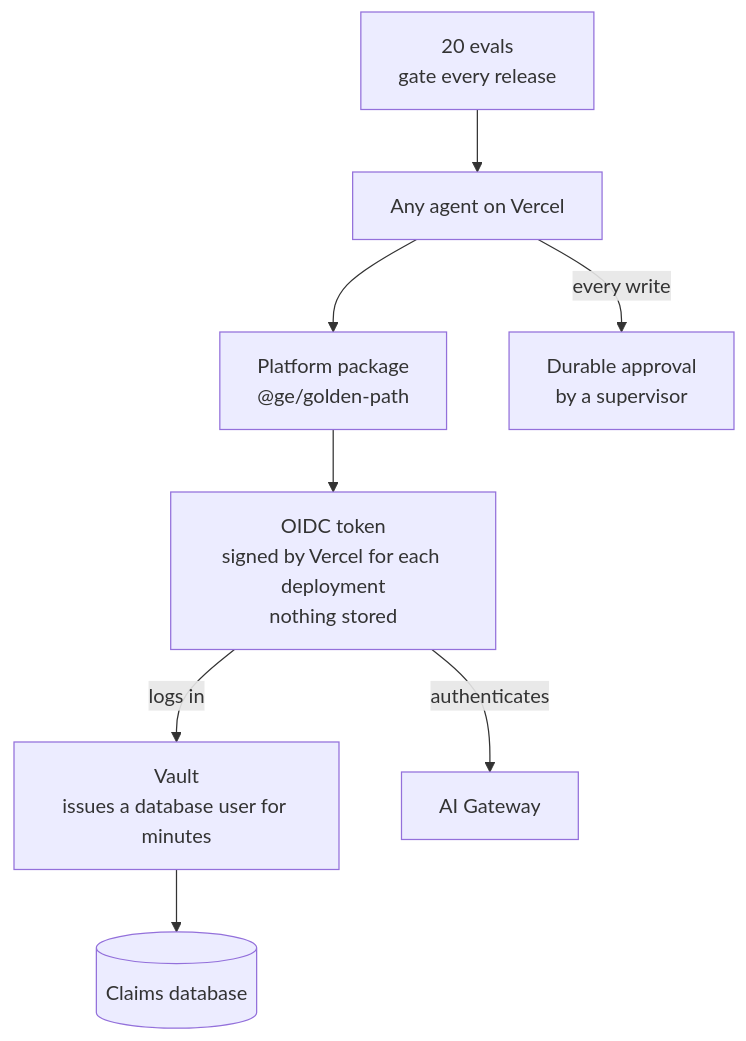
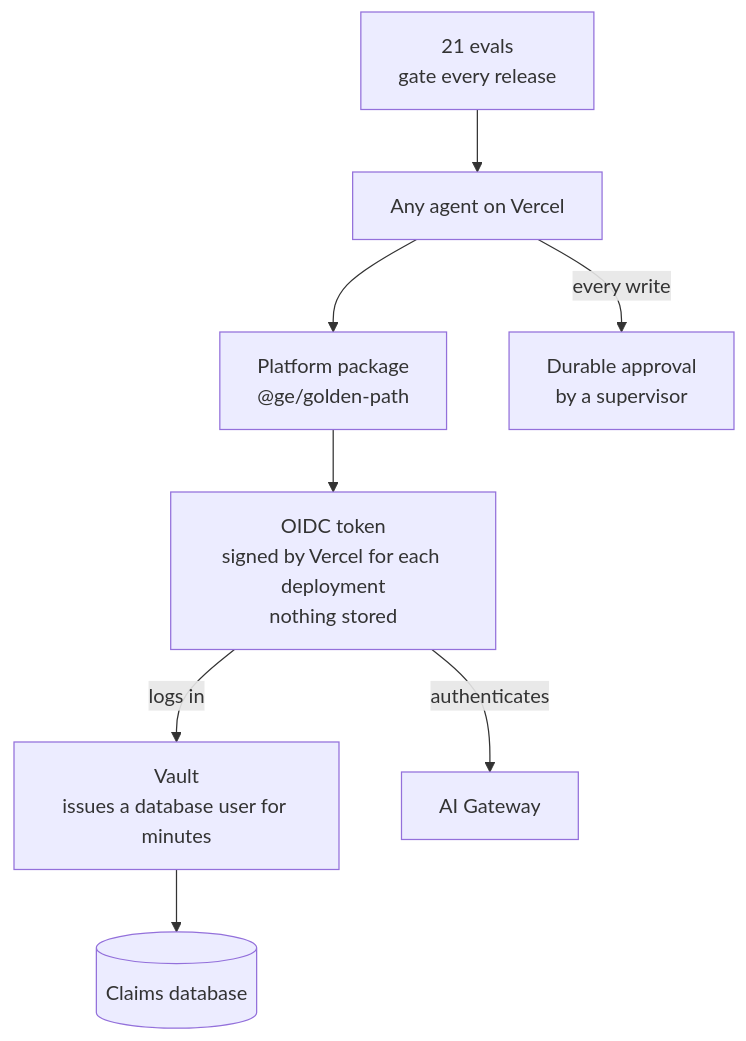
Before and after one commit to cmylchan/goodenoughinsurance-eve-migration-demo: the second of 2 diagrams in README.md, drawn with Mermaid. The commit also changed other lines of this file and 6 other files, not shown here.

````diff
--- a/README.md
+++ b/README.md
@@ -72,10 +72,10 @@
 ```mermaid
 flowchart TB
-  E["20 evals<br/>gate every release"] --> A["Any agent on Vercel"]
+  E["21 evals<br/>gate every release"] --> A["Any agent on Vercel"]
   A --> G["Platform package<br/>@ge/golden-path"]
   A -- "every write" --> W["Durable approval<br/>by a supervisor"]
   G --> O["OIDC token<br/>signed by Vercel for each deployment<br/>nothing stored"]
   O -- "logs in" --> V["Vault<br/>issues a database user for minutes"]
   O -- "authenticates" --> M["AI Gateway"]
   V --> DB[("Claims database")]
 ```
````
